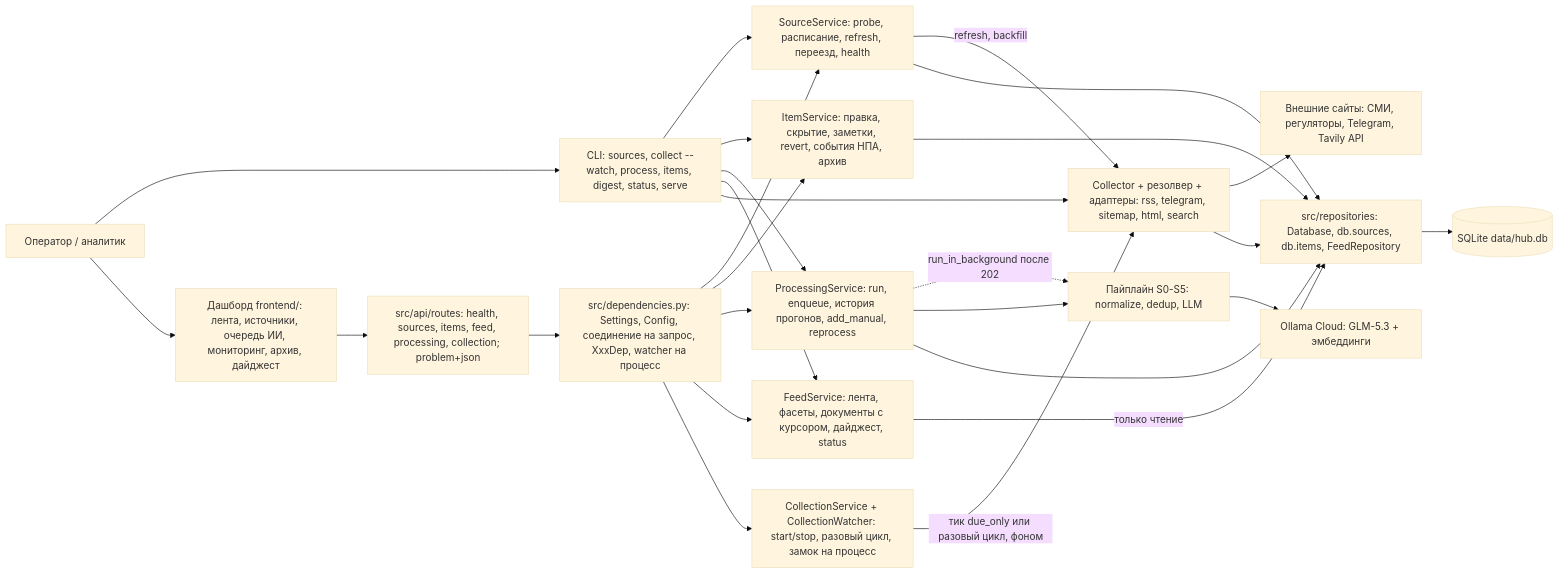
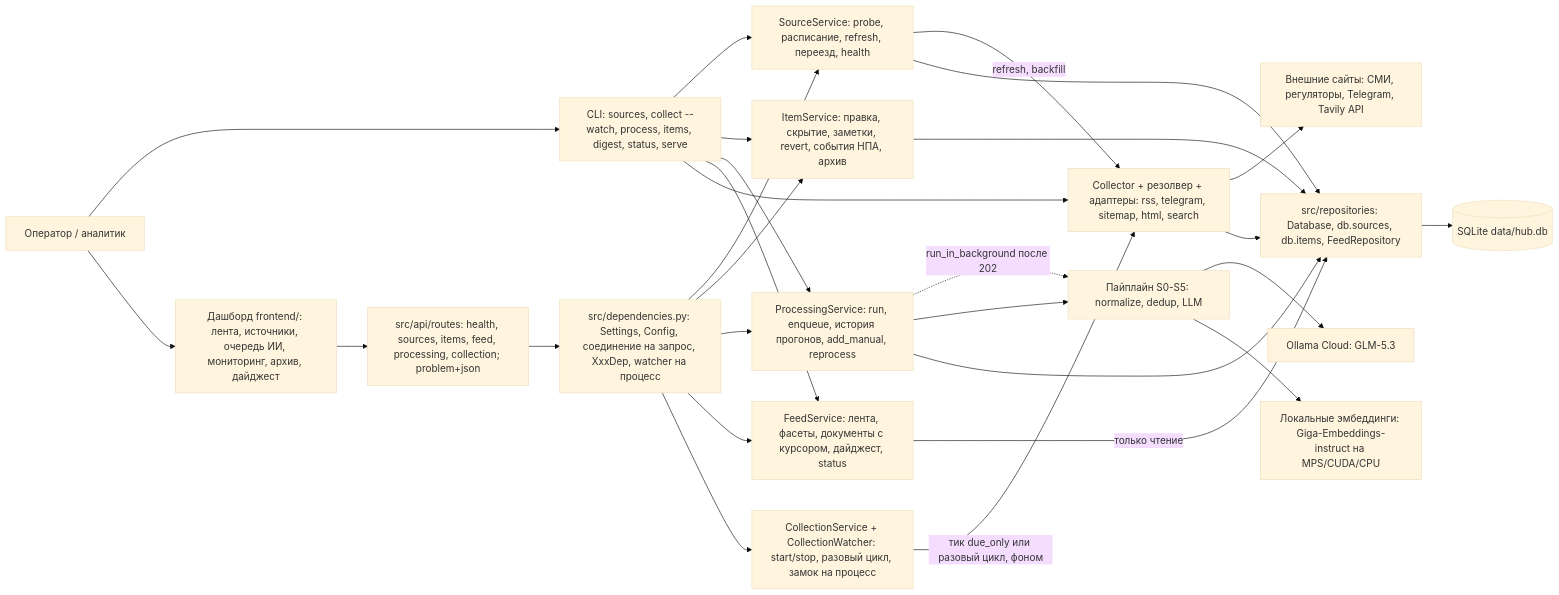
The first of 4 diagrams in docs/architecture.md (youngwow/ai-analytics-hub), drawn with Mermaid (base theme) before and after one commit. The commit also changed other lines of this file and 44 other files, not shown here.

````diff
--- a/docs/architecture.md
+++ b/docs/architecture.md
@@ -59,29 +60,30 @@
 ```mermaid
 flowchart LR
     U[Оператор / аналитик] --> CLI[CLI: sources, collect --watch, process, items, digest, status, serve]
     U --> UI[Дашборд frontend/: лента, источники, очередь ИИ, мониторинг, архив, дайджест]
     UI --> API[src/api/routes: health, sources, items, feed, processing, collection; problem+json]
     API --> DEP[src/dependencies.py: Settings, Config, соединение на запрос, XxxDep, watcher на процесс]
     DEP --> S[SourceService: probe, расписание, refresh, переезд, health]
     DEP --> I[ItemService: правка, скрытие, заметки, revert, события НПА, архив]
     DEP --> P[ProcessingService: run, enqueue, история прогонов, add_manual, reprocess]
     DEP --> F[FeedService: лента, фасеты, документы с курсором, дайджест, status]
     DEP --> CS[CollectionService + CollectionWatcher: start/stop, разовый цикл, замок на процесс]
     CLI --> S
     CLI --> I
     CLI --> P
     CLI --> F
     CLI --> C[Collector + резолвер + адаптеры: rss, telegram, sitemap, html, search]
     CS -->|тик due_only или разовый цикл, фоном| C
     P -. run_in_background после 202 .-> PIPE
     S -->|refresh, backfill| C
     C --> EXT[Внешние сайты: СМИ, регуляторы, Telegram, Tavily API]
     P --> PIPE[Пайплайн S0-S5: normalize, dedup, LLM]
-    PIPE --> OLL[Ollama Cloud: GLM-5.3 + эмбеддинги]
+    PIPE --> OLL[Ollama Cloud: GLM-5.3]
+    PIPE --> EMB[Локальные эмбеддинги: Giga-Embeddings-instruct на MPS/CUDA/CPU]
     S --> REPO[src/repositories: Database, db.sources, db.items, FeedRepository]
     I --> REPO
     P --> REPO
     C --> REPO
     F -->|только чтение| REPO
     REPO --> DB[(SQLite data/hub.db)]
 ```
````
